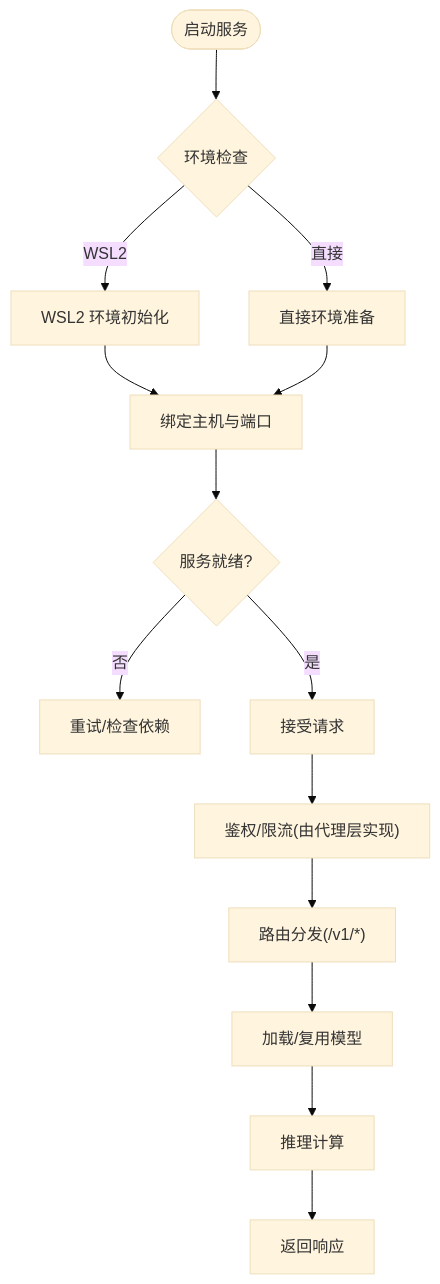
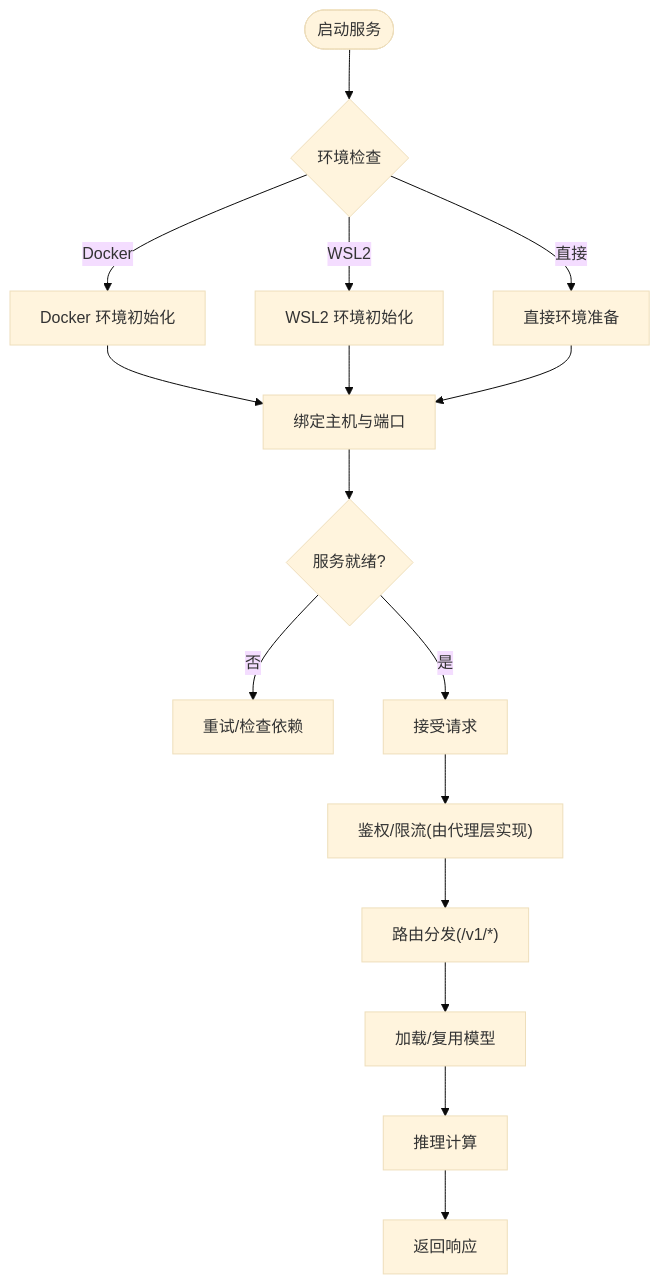
The fifth of 9 diagrams in .qoder/repowiki/zh/content/部署指南/部署指南.md (joezxh/kev), drawn with Mermaid (base theme) before and after one commit. The commit also changed other lines of this file and 100 other files, not shown here.

````diff
--- a/.qoder/repowiki/zh/content/部署指南/部署指南.md
+++ b/.qoder/repowiki/zh/content/部署指南/部署指南.md
@@ -223,16 +287,18 @@
 ```mermaid
 flowchart TD
 Start(["启动服务"]) --> EnvCheck{"环境检查"}
+EnvCheck --> |Docker| DockerSetup["Docker 环境初始化"]
 EnvCheck --> |WSL2| WSLSetup["WSL2 环境初始化"]
 EnvCheck --> |直接| DirectSetup["直接环境准备"]
-WSLSetup --> Bind["绑定主机与端口"]
+DockerSetup --> Bind["绑定主机与端口"]
+WSLSetup --> Bind
 DirectSetup --> Bind
 Bind --> Ready{"服务就绪?"}
 Ready --> |否| Retry["重试/检查依赖"]
 Ready --> |是| Accept["接受请求"]
 Accept --> Auth["鉴权/限流(由代理层实现)"]
 Auth --> Route["路由分发(/v1/*)"]
 Route --> Model["加载/复用模型"]
 Model --> Infer["推理计算"]
 Infer --> Resp["返回响应"]
 ```
````
